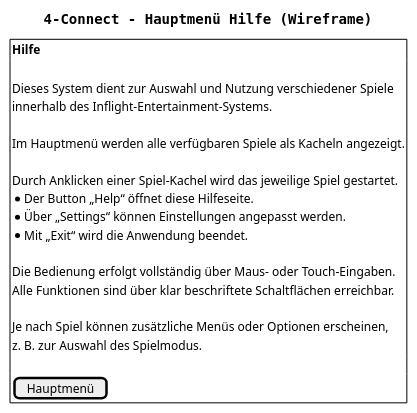
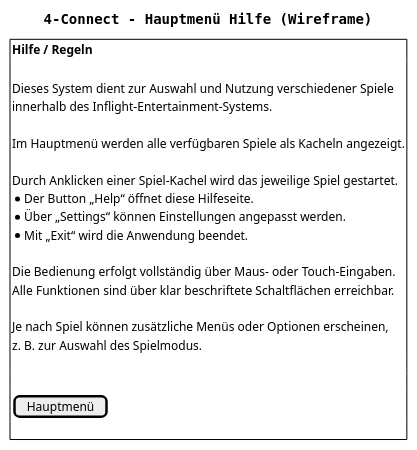
Before and after one commit to realLucas01/SEGR11: the diagram in prototyp/Wireframe-05-b_hauptmenu-hilfe.puml, drawn with PlantUML. The commit also changed 7 other files, not shown here.

```diff
--- a/prototyp/Wireframe-05-b_hauptmenu-hilfe.puml
+++ b/prototyp/Wireframe-05-b_hauptmenu-hilfe.puml
@@ -1,30 +1,32 @@
-@startuml
+@startuml Hauptmenü Hilfe
 title 4-Connect - Hauptmenü Hilfe (Wireframe)
 
 skinparam defaultFontName Monospaced
 
 salt
 {
   {+
-    { **Hilfe** }
-    .
+    { **Hilfe / Regeln** }
+.
     {Dieses System dient zur Auswahl und Nutzung verschiedener Spiele 
     innerhalb des Inflight-Entertainment-Systems.
 .
     Im Hauptmenü werden alle verfügbaren Spiele als Kacheln angezeigt.
 .
     Durch Anklicken einer Spiel-Kachel wird das jeweilige Spiel gestartet.
     * Der Button „Help“ öffnet diese Hilfeseite.
     * Über „Settings“ können Einstellungen angepasst werden.
     * Mit „Exit“ wird die Anwendung beendet.
 .
     Die Bedienung erfolgt vollständig über Maus- oder Touch-Eingaben. 
     Alle Funktionen sind über klar beschriftete Schaltflächen erreichbar.
 .
     Je nach Spiel können zusätzliche Menüs oder Optionen erscheinen, 
     z. B. zur Auswahl des Spielmodus.}
 .
+.
     {[ Hauptmenü ]}
+.
   }
 }
 @enduml
```
